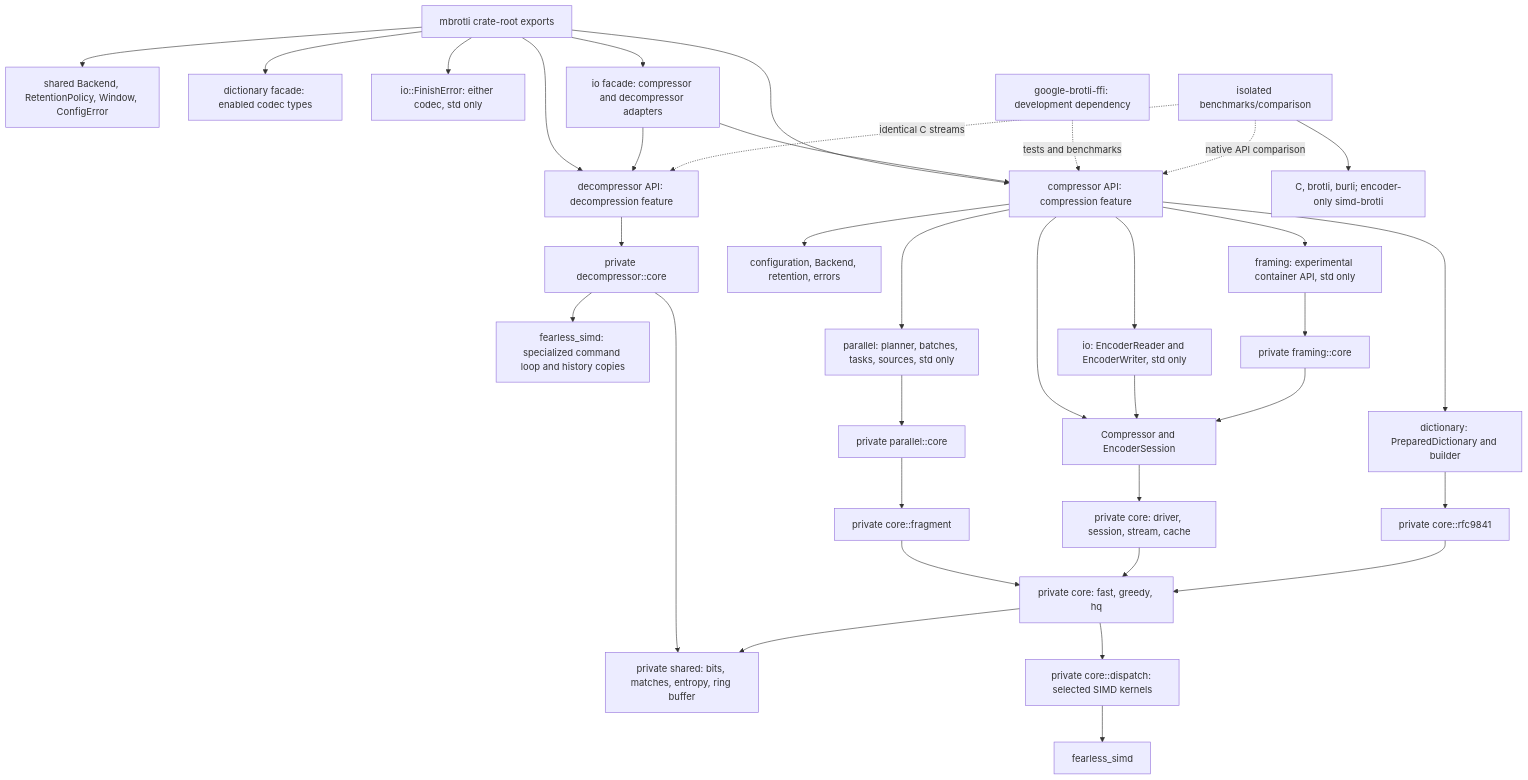
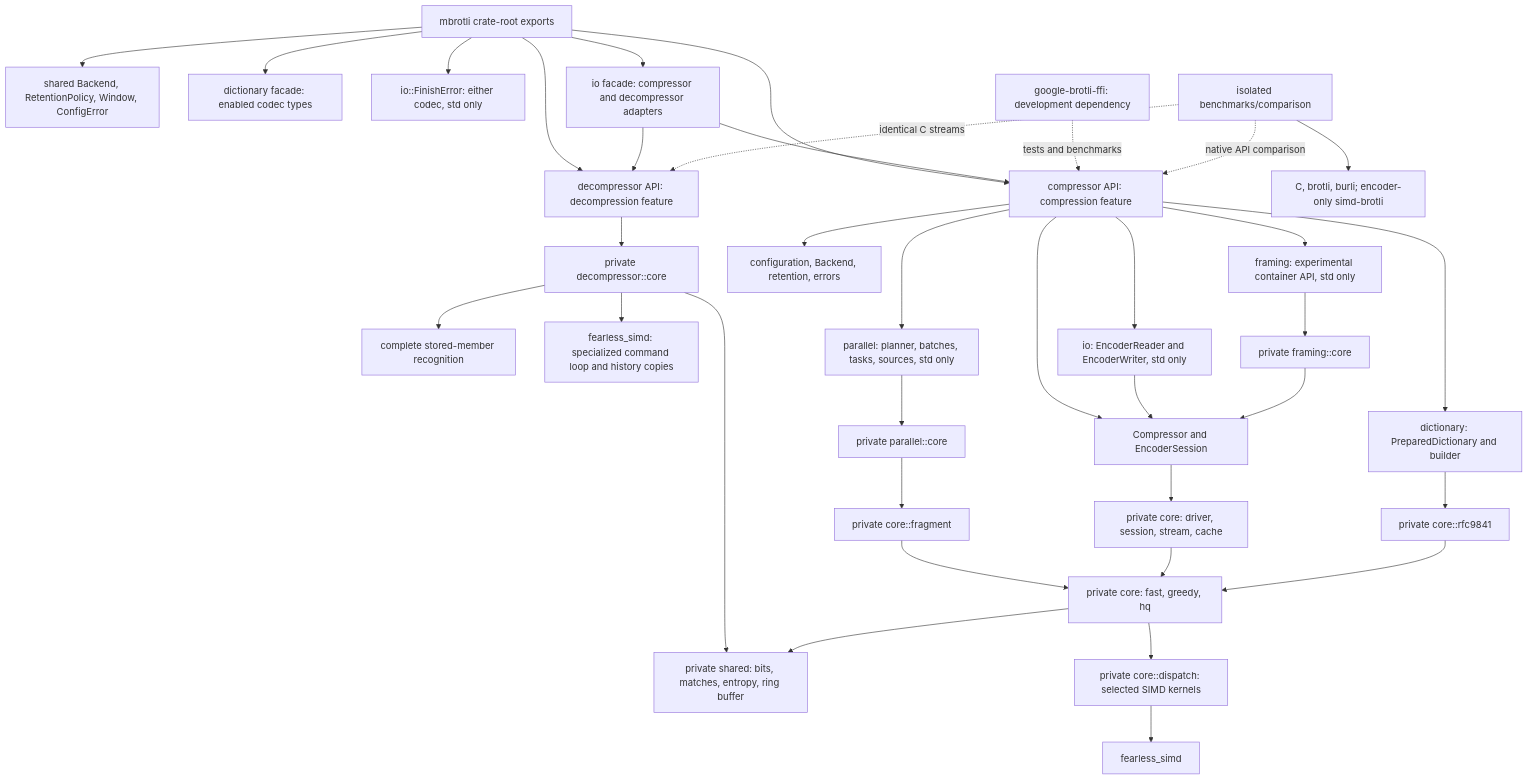
The diagram in architecture/README.md (Mnwa/mbrotli), drawn with Mermaid before and after one commit. The commit also changed other lines of this file and 59 other files, not shown here.

````diff
--- a/architecture/README.md
+++ b/architecture/README.md
@@ -35,37 +37,38 @@
 ```mermaid
 graph TD
     Root[mbrotli crate-root exports] --> API[compressor API: compression feature]
     Root --> Decode[decompressor API: decompression feature]
     Root --> Common[shared Backend, RetentionPolicy, Window, ConfigError]
     Root --> DictFacade[dictionary facade: enabled codec types]
     Root --> Finish[io::FinishError: either codec, std only]
     Decode --> DecodeCore[private decompressor::core]
+    DecodeCore --> Stored[complete stored-member recognition]
     DecodeCore --> DecodeSIMD[fearless_simd: specialized command loop and history copies]
     DecodeCore --> Shared
     Root --> Facade[io facade: compressor and decompressor adapters]
     Facade --> Decode
     Facade --> API
     API --> Config[configuration, Backend, retention, errors]
     API --> Serial[Compressor and EncoderSession]
     API --> IO[io: EncoderReader and EncoderWriter, std only]
     API --> Dictionary[dictionary: PreparedDictionary and builder]
     API --> Parallel[parallel: planner, batches, tasks, sources, std only]
     API --> Framing[framing: experimental container API, std only]
     IO --> Serial
     Serial --> Stream[private core: driver, session, stream, cache]
     Dictionary --> RFC[private core::rfc9841]
     Framing --> FrameCore[private framing::core]
     FrameCore --> Serial
     Parallel --> ParallelCore[private parallel::core]
     ParallelCore --> Fragment[private core::fragment]
     Fragment --> Encoders[private core: fast, greedy, hq]
     Stream --> Encoders
     RFC --> Encoders
     Encoders --> Kernels[private core::dispatch: selected SIMD kernels]
     Encoders --> Shared[private shared: bits, matches, entropy, ring buffer]
     Kernels --> SIMD[fearless_simd]
     C[google-brotli-ffi: development dependency] -. tests and benchmarks .-> API
     Comparison[isolated benchmarks/comparison] -. native API comparison .-> API
     Comparison -. identical C streams .-> Decode
     Comparison --> Competitors[C, brotli, burli; encoder-only simd-brotli]
 ```
````
